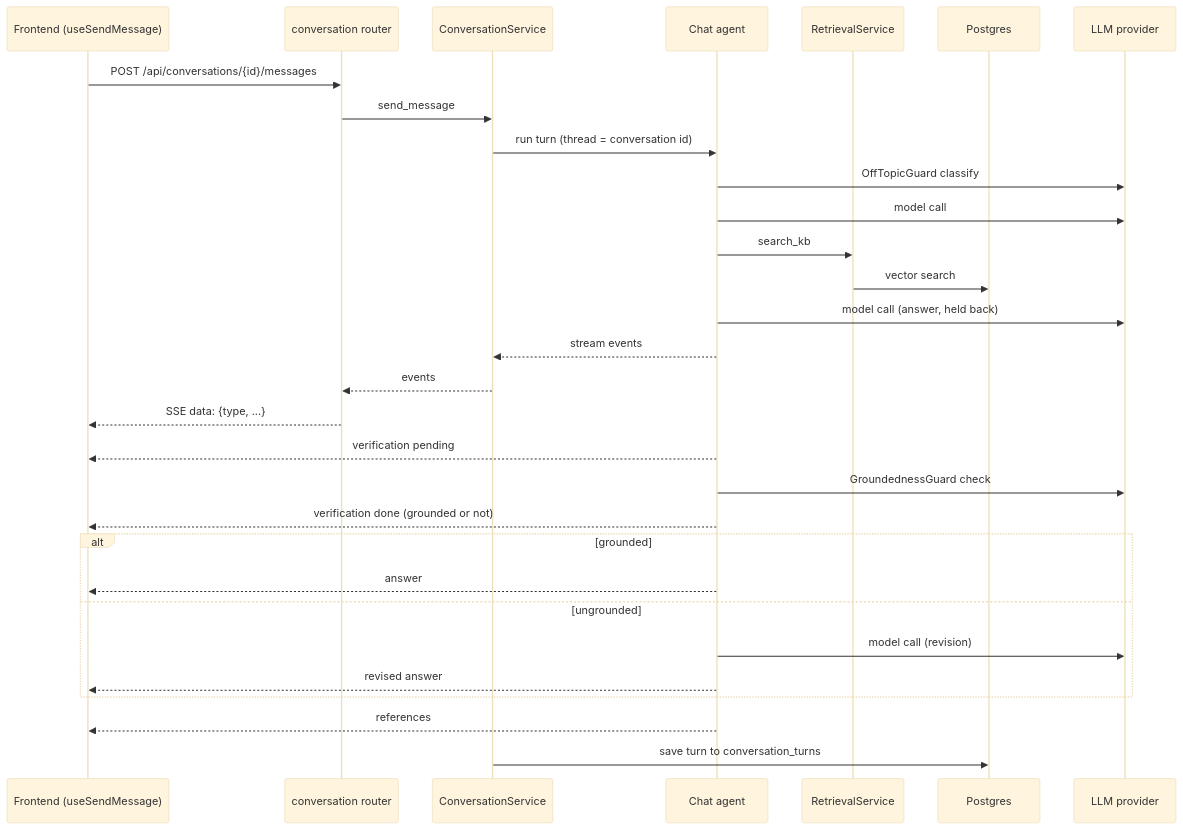
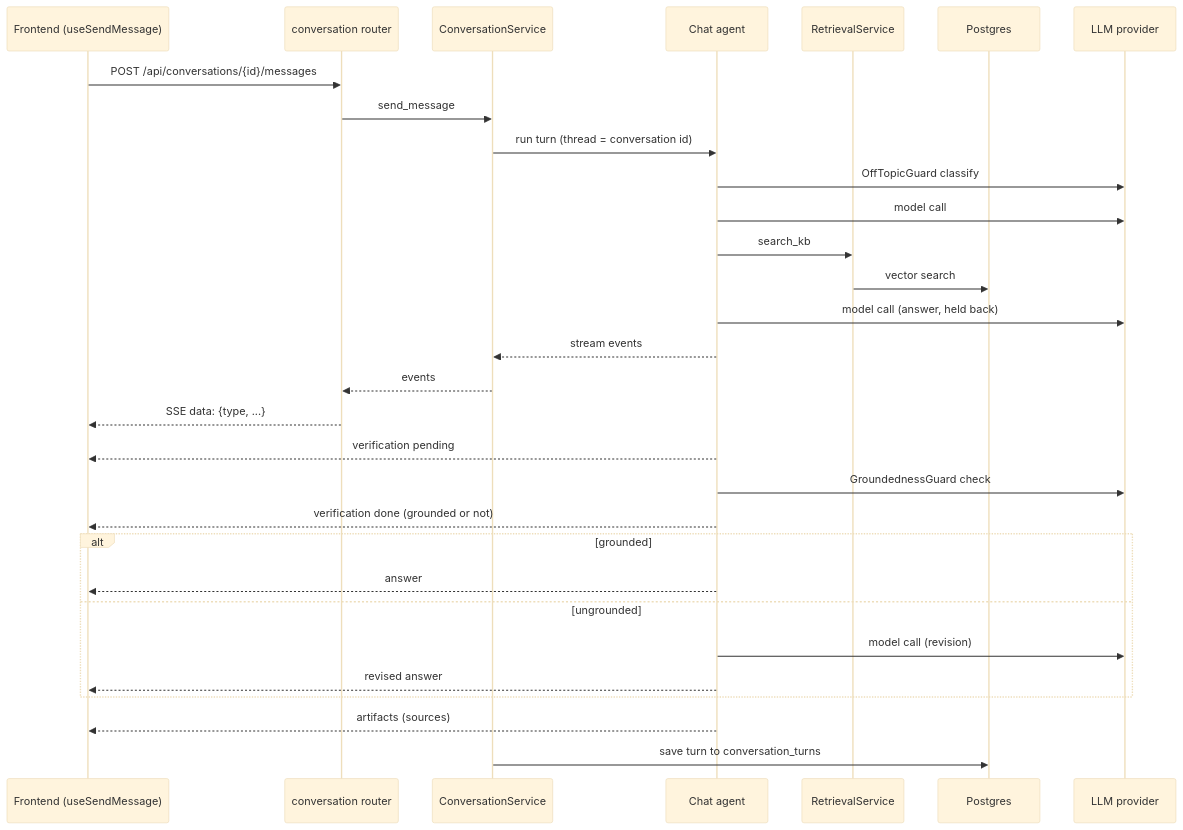
Before and after one commit to hadifar/rag: the diagram in docs/diagrams/chat-turn.md, drawn with Mermaid (base theme). The commit also changed 30 other files, not shown here.

Commit message:
feat(agent): replace turn references with typed artifacts

````diff
--- a/docs/diagrams/chat-turn.md
+++ b/docs/diagrams/chat-turn.md
@@ -3,33 +3,33 @@
 ```mermaid
 sequenceDiagram
     participant UI as Frontend (useSendMessage)
     participant R as conversation router
     participant CS as ConversationService
     participant A as Chat agent
     participant KB as RetrievalService
     participant DB as Postgres
     participant LLM as LLM provider
 
     UI->>R: POST /api/conversations/{id}/messages
     R->>CS: send_message
     CS->>A: run turn (thread = conversation id)
     A->>LLM: OffTopicGuard classify
     A->>LLM: model call
     A->>KB: search_kb
     KB->>DB: vector search
     A->>LLM: model call (answer, held back)
     A-->>CS: stream events
     CS-->>R: events
     R-->>UI: SSE data: {type, ...}
     A-->>UI: verification pending
     A->>LLM: GroundednessGuard check
     A-->>UI: verification done (grounded or not)
     alt grounded
         A-->>UI: answer
     else ungrounded
         A->>LLM: model call (revision)
         A-->>UI: revised answer
     end
-    A-->>UI: references
+    A-->>UI: artifacts (sources)
     CS->>DB: save turn to conversation_turns
 ```
````
